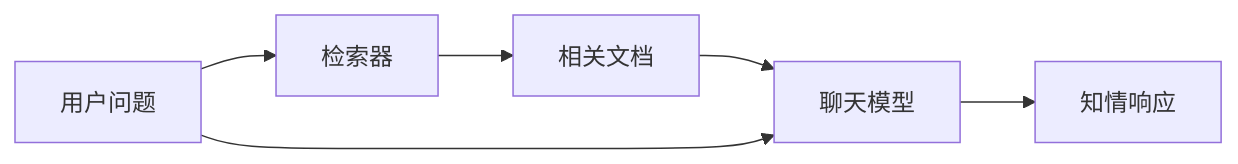
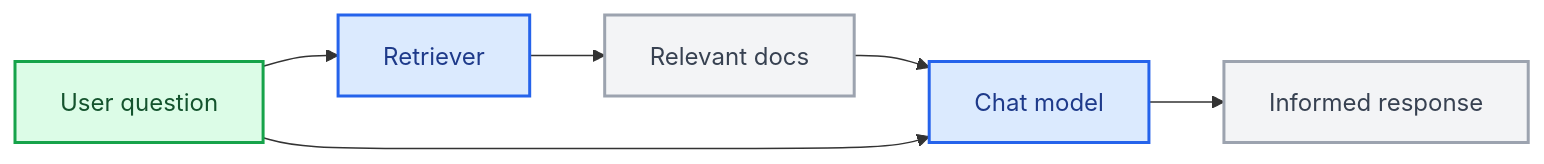
Before and after one commit to kunfan96/cndocs-langchain: the second of 4 diagrams in oss/javascript/langchain/component-architecture.mdx, drawn with Mermaid. The commit also changed other lines of this file and 2611 other files, not shown here.

````diff
--- a/oss/javascript/langchain/component-architecture.mdx
+++ b/oss/javascript/langchain/component-architecture.mdx
@@ -81,8 +91,16 @@
 ```mermaid
 graph LR
-    A[用户问题] --> B[检索器]
-    B --> C[相关文档]
-    C --> D[聊天模型]
+    A[User question] --> B[Retriever]
+    B --> C[Relevant docs]
+    C --> D[Chat model]
     A --> D
-    D --> E[知情响应]
+    D --> E[Informed response]
+
+    classDef trigger fill:#DCFCE7,stroke:#16A34A,stroke-width:2px,color:#14532D
+    classDef process fill:#DBEAFE,stroke:#2563EB,stroke-width:2px,color:#1E3A8A
+    classDef neutral fill:#F3F4F6,stroke:#9CA3AF,stroke-width:2px,color:#374151
+
+    class A trigger
+    class B,D process
+    class C,E neutral
 ```
````
